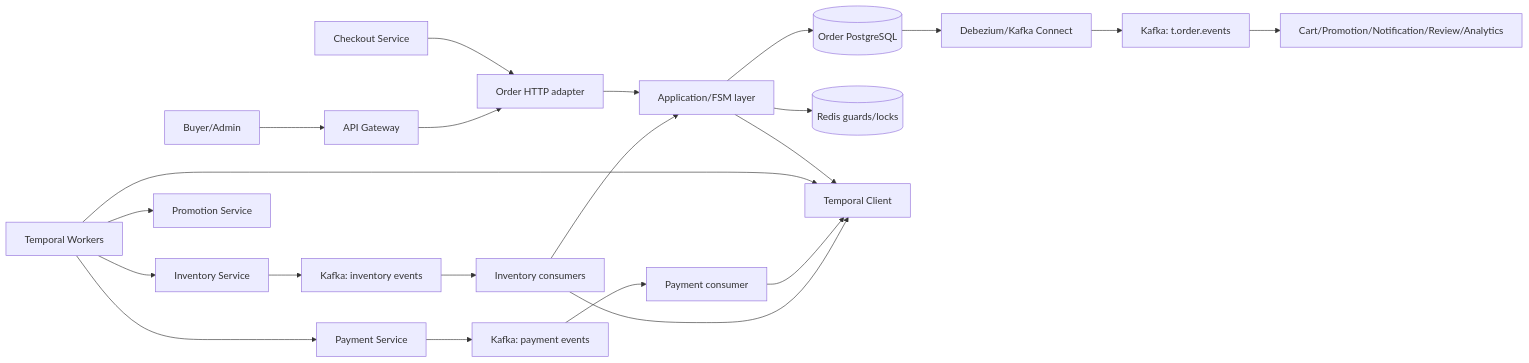
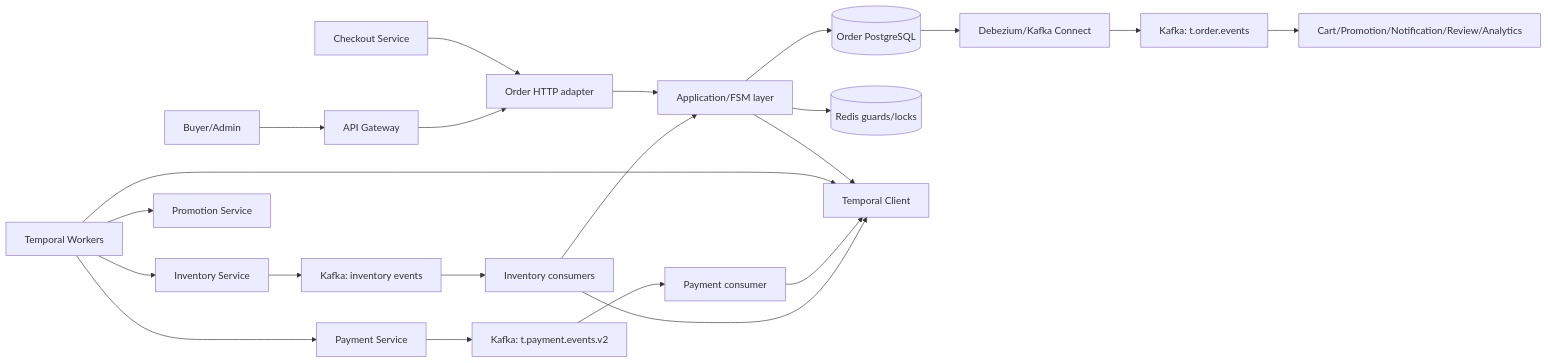
One commit to quangdung2110/e-commerce-microservices changed the diagram in docs/order/architecture.md. Above: the diagram before and after it, drawn with Mermaid. The commit also changed other lines of this file and 14 other files, not shown here.

Commit message:
docs(order): fence allocation delivery and reconciliation flows

````diff
--- a/docs/order/architecture.md
+++ b/docs/order/architecture.md
@@ -29,24 +29,24 @@
 ```mermaid
 flowchart LR
   C[Buyer/Admin] --> G[API Gateway]
   CK[Checkout Service] --> H[Order HTTP adapter]
   G --> H
   H --> A[Application/FSM layer]
   A --> P[(Order PostgreSQL)]
   A --> R[(Redis guards/locks)]
   A --> T[Temporal Client]
   TW[Temporal Workers] --> T
   TW --> I[Inventory Service]
   TW --> M[Promotion Service]
   TW --> Y[Payment Service]
-  Y --> KP[Kafka: payment events]
+  Y --> KP[Kafka: t.payment.events.v2]
   I --> KI[Kafka: inventory events]
   KP --> PC[Payment consumer]
   KI --> IC[Inventory consumers]
   PC --> T
   IC --> T
   IC --> A
   P --> D[Debezium/Kafka Connect]
   D --> KO[Kafka: t.order.events]
   KO --> DS[Cart/Promotion/Notification/Review/Analytics]
 ```
````
